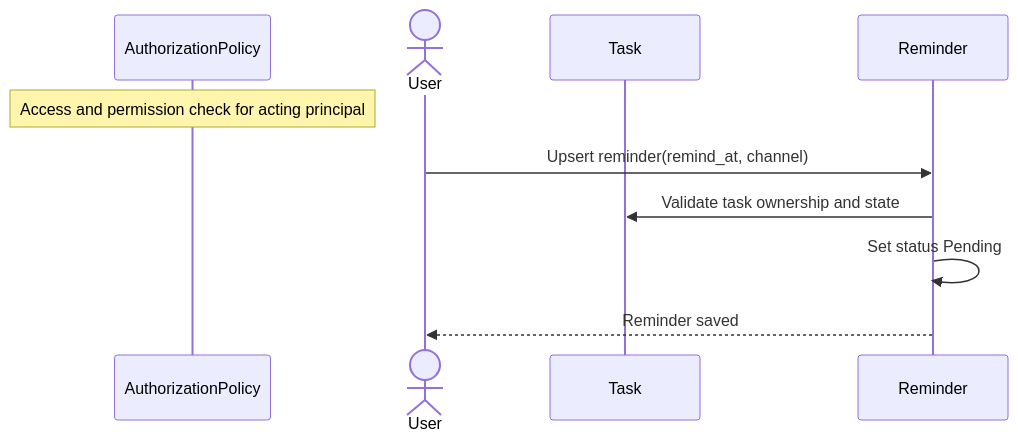
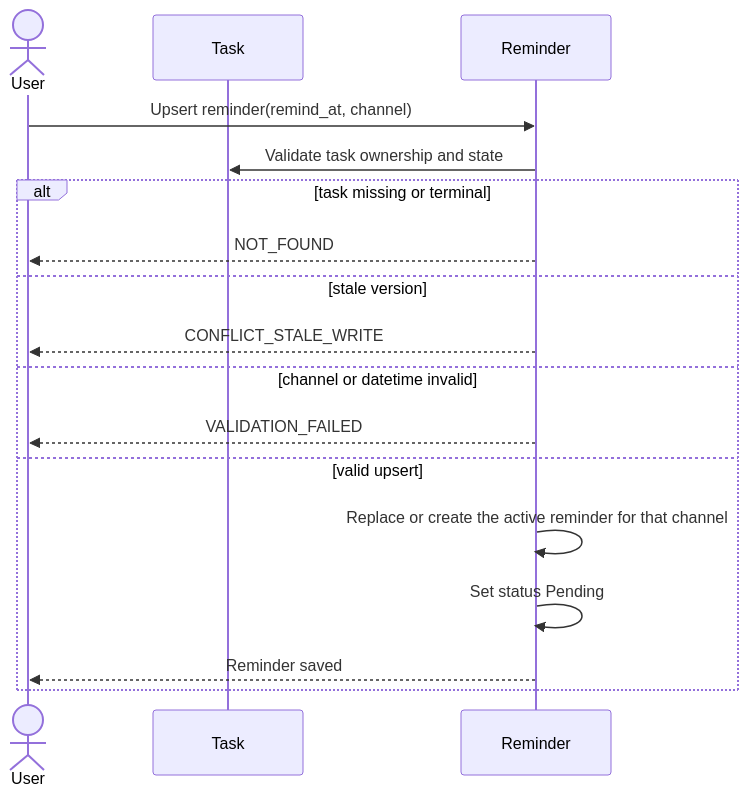
One commit to ChidiRnweke/margin changed the third of 6 diagrams in architecture/sequence-diagrams/05-execution-reminders.md. Above: the diagram before and after it, drawn with Mermaid. The commit also changed other lines of this file and 12 other files, not shown here.

Commit message:
Enhance sequence diagrams and introduce traceability matrix

````diff
--- a/architecture/sequence-diagrams/05-execution-reminders.md
+++ b/architecture/sequence-diagrams/05-execution-reminders.md
@@ -38,12 +49,19 @@
 ```mermaid
 sequenceDiagram
-    participant G as AuthorizationPolicy
-    Note over G: Access and permission check for acting principal
     actor U as User
     participant T as Task
     participant R as Reminder
     U->>R: Upsert reminder(remind_at, channel)
     R->>T: Validate task ownership and state
-    R->>R: Set status Pending
-    R-->>U: Reminder saved
+    alt task missing or terminal
+        R-->>U: NOT_FOUND
+    else stale version
+        R-->>U: CONFLICT_STALE_WRITE
+    else channel or datetime invalid
+        R-->>U: VALIDATION_FAILED
+    else valid upsert
+        R->>R: Replace or create the active reminder for that channel
+        R->>R: Set status Pending
+        R-->>U: Reminder saved
+    end
 ```
````
